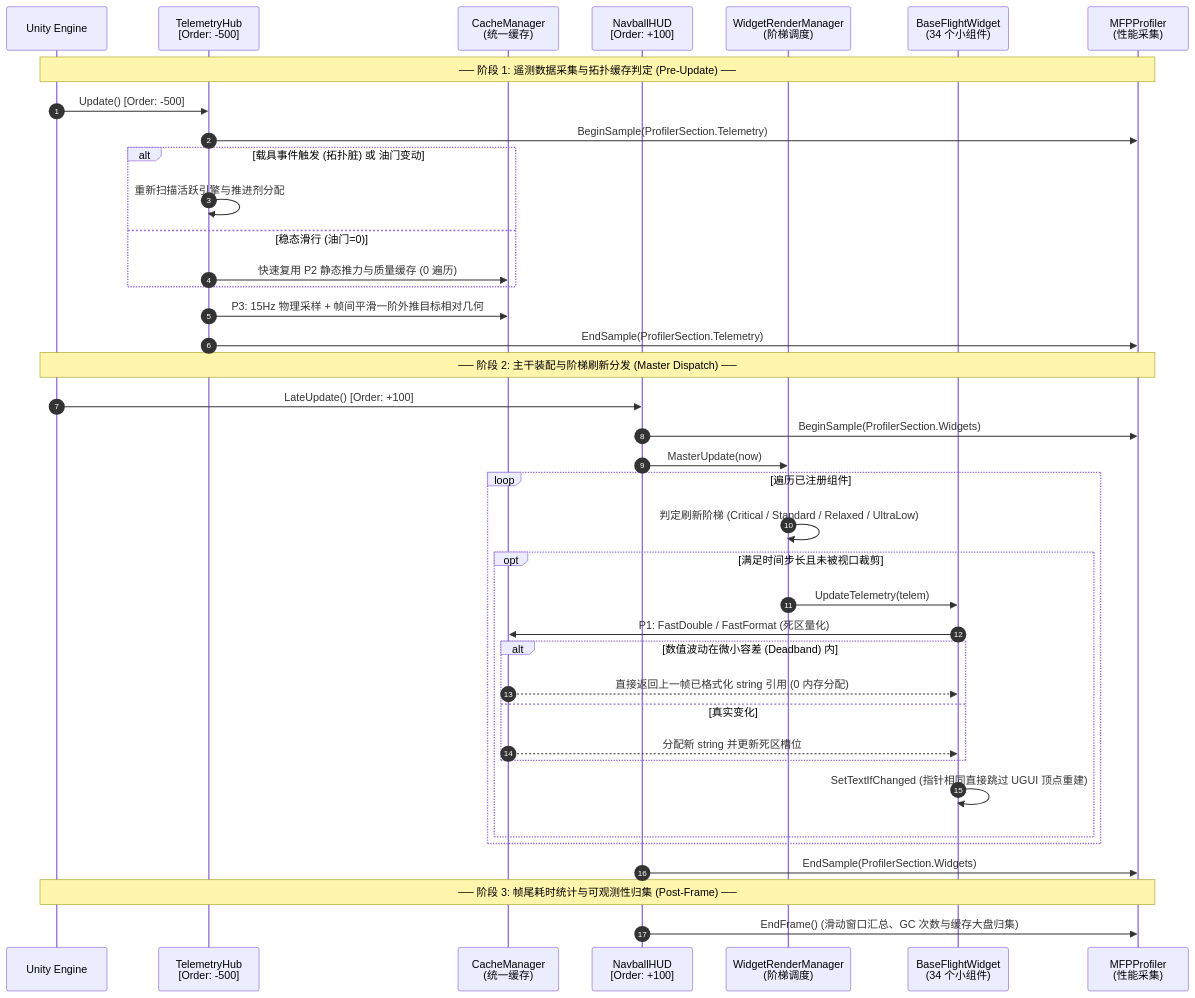
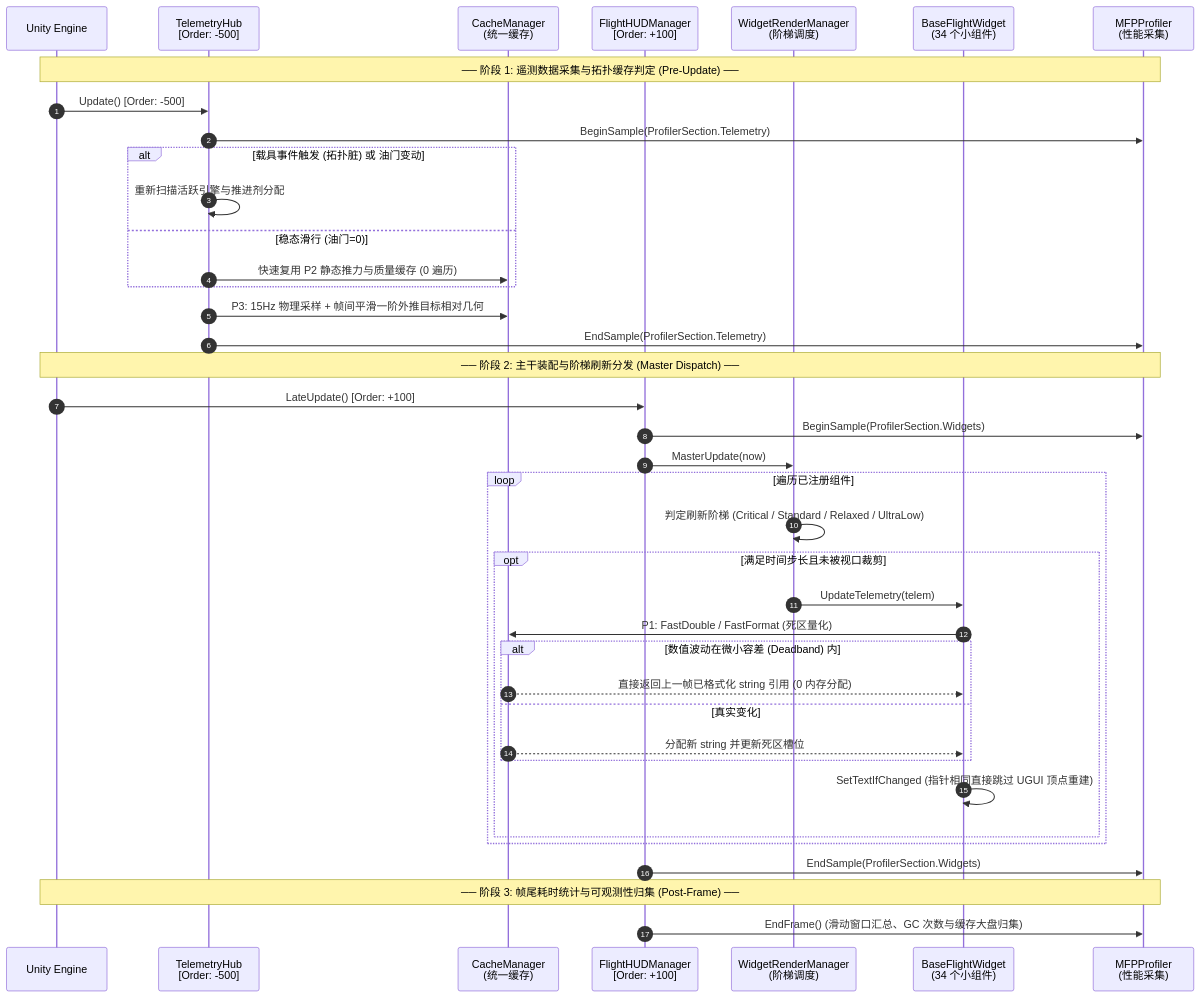
Before and after one commit to DiaoDaiaChan/KSP_ModularFlightPanel: the second of 5 diagrams in ARCHITECTURE.md, drawn with Mermaid. The commit also changed other lines of this file and 227 other files, not shown here.

First line of the commit message:
refactor: reorganize C# source folders and rename NavballHUD to FlightHUDManager

````diff
--- a/ARCHITECTURE.md
+++ b/ARCHITECTURE.md
@@ -81,44 +81,44 @@
 ```mermaid
 sequenceDiagram
     autonumber
     participant Unity as Unity Engine
     participant TH as TelemetryHub<br/>[Order: -500]
     participant CM as CacheManager<br/>(统一缓存)
-    participant HUD as NavballHUD<br/>[Order: +100]
+    participant HUD as FlightHUDManager<br/>[Order: +100]
     participant WRM as WidgetRenderManager<br/>(阶梯调度)
     participant W as BaseFlightWidget<br/>(34 个小组件)
     participant PRF as MFPProfiler<br/>(性能采集)
 
     Note over Unity,PRF: ── 阶段 1: 遥测数据采集与拓扑缓存判定 (Pre-Update) ──
     Unity->>TH: Update() [Order: -500]
     TH->>PRF: BeginSample(ProfilerSection.Telemetry)
     alt 载具事件触发 (拓扑脏) 或 油门变动
         TH->>TH: 重新扫描活跃引擎与推进剂分配
     else 稳态滑行 (油门=0)
         TH->>CM: 快速复用 P2 静态推力与质量缓存 (0 遍历)
     end
     TH->>CM: P3: 15Hz 物理采样 + 帧间平滑一阶外推目标相对几何
     TH->>PRF: EndSample(ProfilerSection.Telemetry)
 
     Note over Unity,PRF: ── 阶段 2: 主干装配与阶梯刷新分发 (Master Dispatch) ──
     Unity->>HUD: LateUpdate() [Order: +100]
     HUD->>PRF: BeginSample(ProfilerSection.Widgets)
     HUD->>WRM: MasterUpdate(now)
     loop 遍历已注册组件
         WRM->>WRM: 判定刷新阶梯 (Critical / Standard / Relaxed / UltraLow)
         opt 满足时间步长且未被视口裁剪
             WRM->>W: UpdateTelemetry(telem)
             W->>CM: P1: FastDouble / FastFormat (死区量化)
             alt 数值波动在微小容差 (Deadband) 内
                 CM-->>W: 直接返回上一帧已格式化 string 引用 (0 内存分配)
             else 真实变化
                 CM-->>W: 分配新 string 并更新死区槽位
             end
             W->>W: SetTextIfChanged (指针相同直接跳过 UGUI 顶点重建)
         end
     end
     HUD->>PRF: EndSample(ProfilerSection.Widgets)
 
     Note over Unity,PRF: ── 阶段 3: 帧尾耗时统计与可观测性归集 (Post-Frame) ──
     HUD->>PRF: EndFrame() (滑动窗口汇总、GC 次数与缓存大盘归集)
 ```
````
